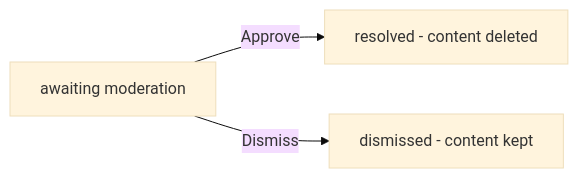
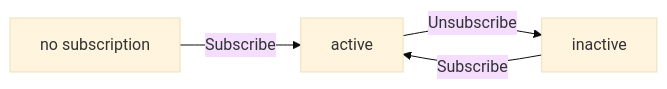
The first of 4 diagrams in qwen/qwen3.5-35b-a3b/reddit/docs/analysis/02-domain-model.md (wrtnlabs/autobe-examples), drawn with Mermaid (base theme) before and after one commit. The commit also changed other lines of this file and 32093 other files, not shown here.

````diff
--- a/qwen/qwen3.5-35b-a3b/reddit/docs/analysis/02-domain-model.md
+++ b/qwen/qwen3.5-35b-a3b/reddit/docs/analysis/02-domain-model.md
@@ -852,5 +760,6 @@
 ```mermaid
 flowchart LR
-    A["awaiting moderation"] -->|"Approve"| B["resolved - content deleted"]
-    A -->|"Dismiss"| C["dismissed - content kept"]
+    A["no subscription"] -->|"Subscribe"| B["active"]
+    B -->|"Unsubscribe"| C["inactive"]
+    C -->|"Subscribe"| B
 ```
````
